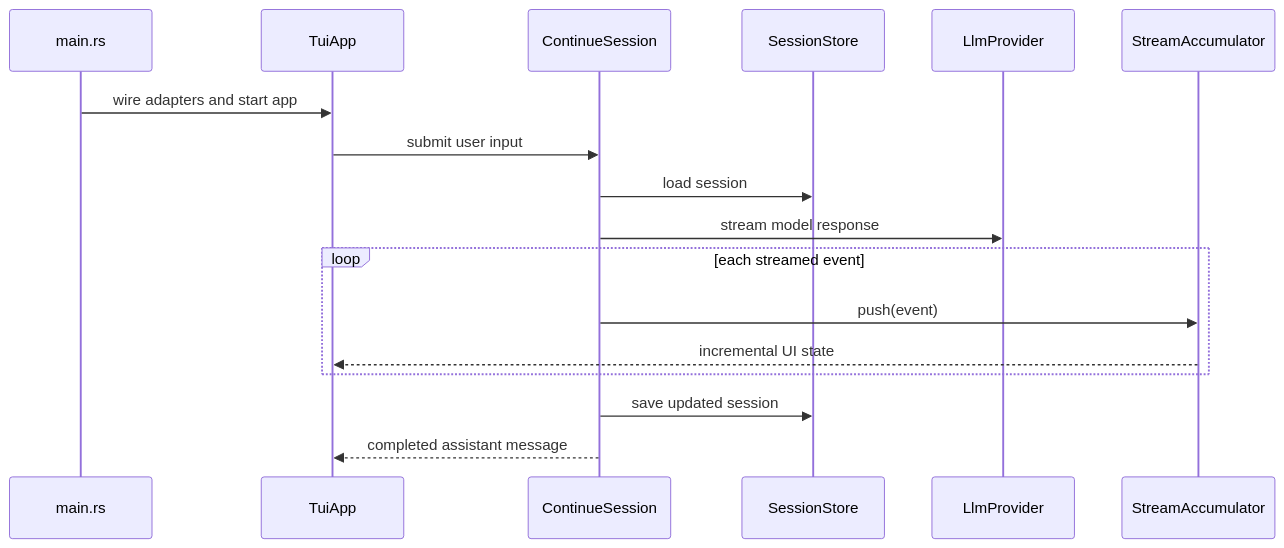
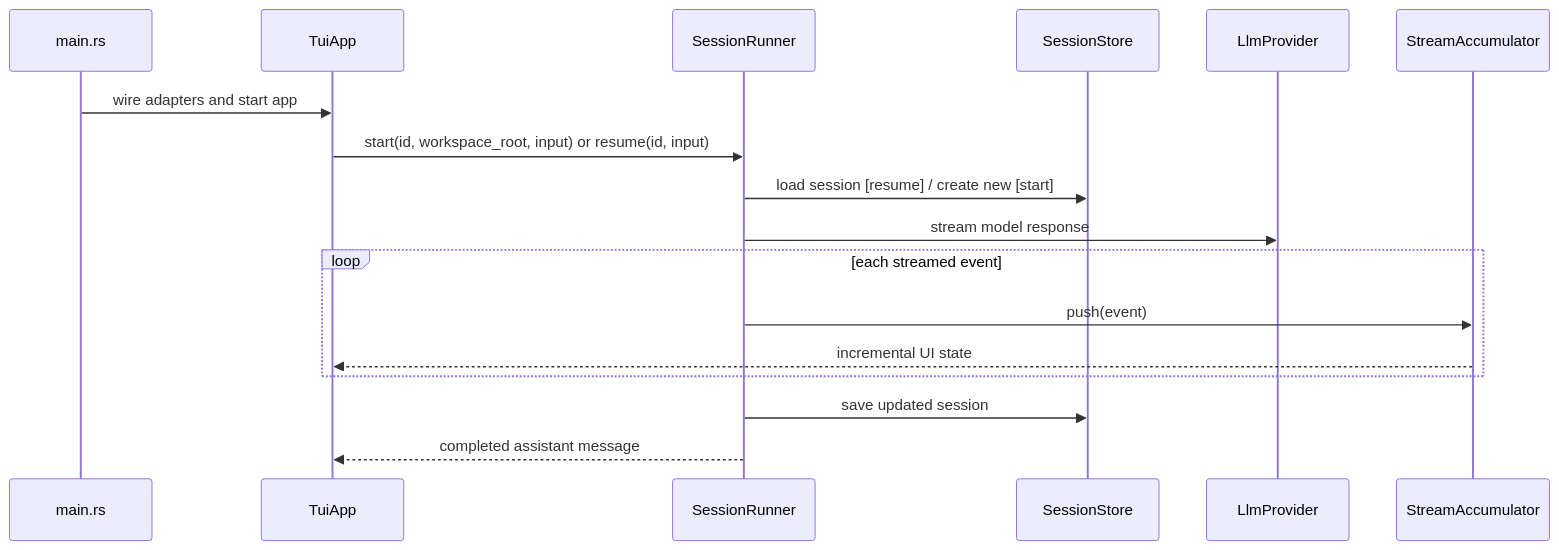
One commit to kkestell/ox-rs changed the third of 3 diagrams in AGENTS.md. Above: the diagram before and after it, drawn with Mermaid. The commit also changed other lines of this file and 7 other files, not shown here.

First line of the commit message:
Add SessionRunner with start and resume entry points

````diff
--- a/AGENTS.md
+++ b/AGENTS.md
@@ -108,22 +108,22 @@
 ```mermaid
 sequenceDiagram
     participant M as main.rs
     participant T as TuiApp
-    participant UC as ContinueSession
+    participant SR as SessionRunner
     participant SS as SessionStore
     participant LP as LlmProvider
     participant ACC as StreamAccumulator
 
     M->>T: wire adapters and start app
-    T->>UC: submit user input
-    UC->>SS: load session
-    UC->>LP: stream model response
+    T->>SR: start(id, workspace_root, input) or resume(id, input)
+    SR->>SS: load session [resume] / create new [start]
+    SR->>LP: stream model response
 
     loop each streamed event
-        UC->>ACC: push(event)
+        SR->>ACC: push(event)
         ACC-->>T: incremental UI state
     end
 
-    UC->>SS: save updated session
-    UC-->>T: completed assistant message
+    SR->>SS: save updated session
+    SR-->>T: completed assistant message
 ```
````
